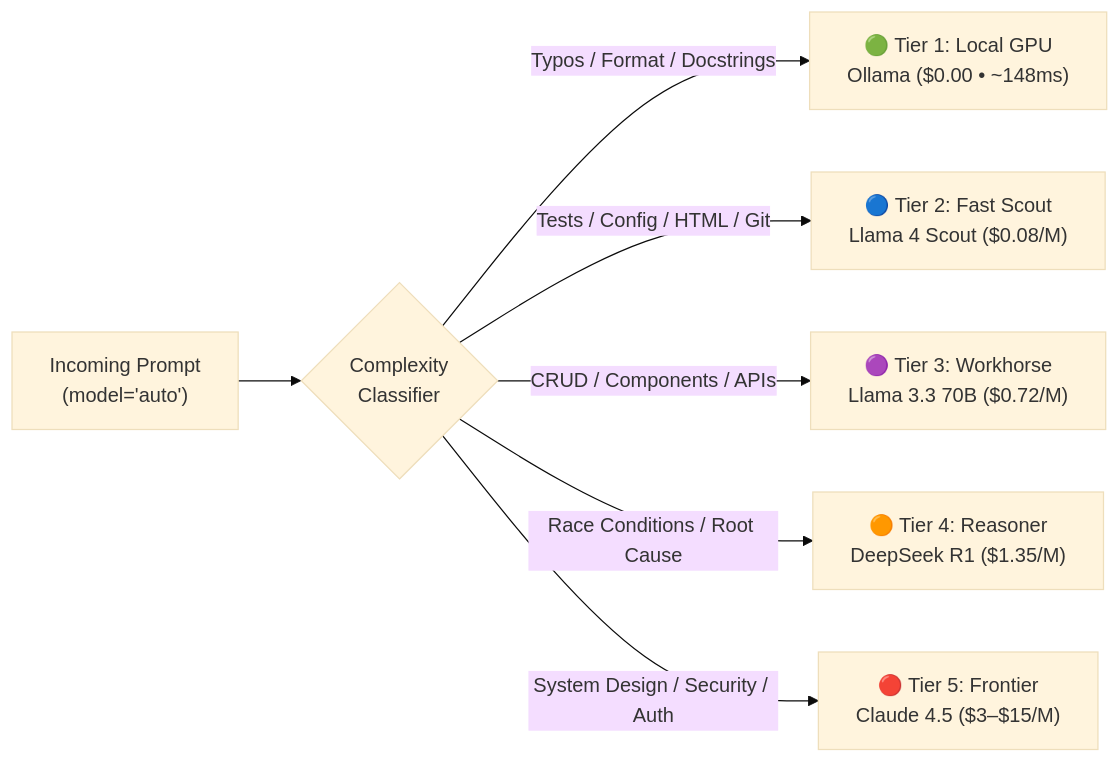
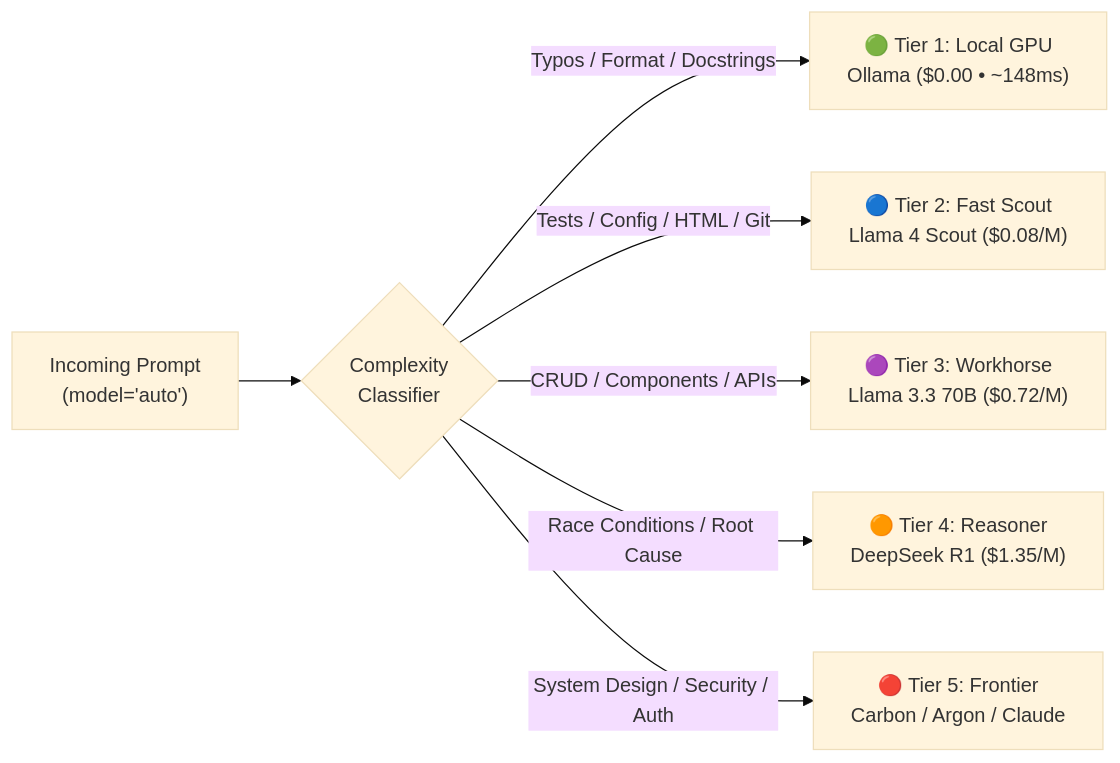
Before and after one commit to dhurianiket/agent-workstation-setup: the second of 2 diagrams in README.md, drawn with Mermaid (base theme). The commit also changed other lines of this file and 5 other files, not shown here.

````diff
--- a/README.md
+++ b/README.md
@@ -263,9 +266,9 @@
 ```mermaid
 flowchart LR
     P["Incoming Prompt<br/>(model='auto')"] --> R{"Complexity<br/>Classifier"}
     R -->|"Typos / Format / Docstrings"| L["🟢 Tier 1: Local GPU<br/>Ollama ($0.00 • ~148ms)"]
     R -->|"Tests / Config / HTML / Git"| S["🔵 Tier 2: Fast Scout<br/>Llama 4 Scout ($0.08/M)"]
     R -->|"CRUD / Components / APIs"| C["🟣 Tier 3: Workhorse<br/>Llama 3.3 70B ($0.72/M)"]
     R -->|"Race Conditions / Root Cause"| D["🟠 Tier 4: Reasoner<br/>DeepSeek R1 ($1.35/M)"]
-    R -->|"System Design / Security / Auth"| F["🔴 Tier 5: Frontier<br/>Claude 4.5 ($3–$15/M)"]
+    R -->|"System Design / Security / Auth"| F["🔴 Tier 5: Frontier<br/>Carbon / Argon / Claude"]
 ```
````
